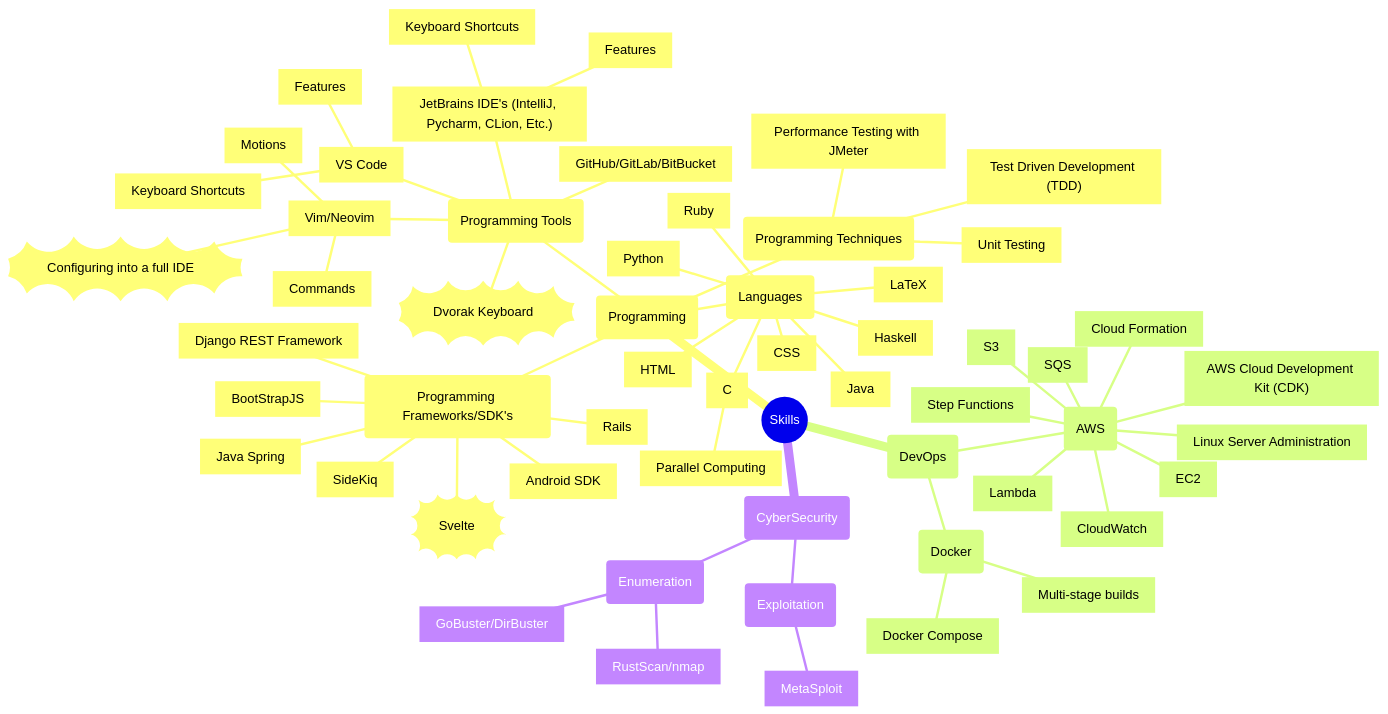
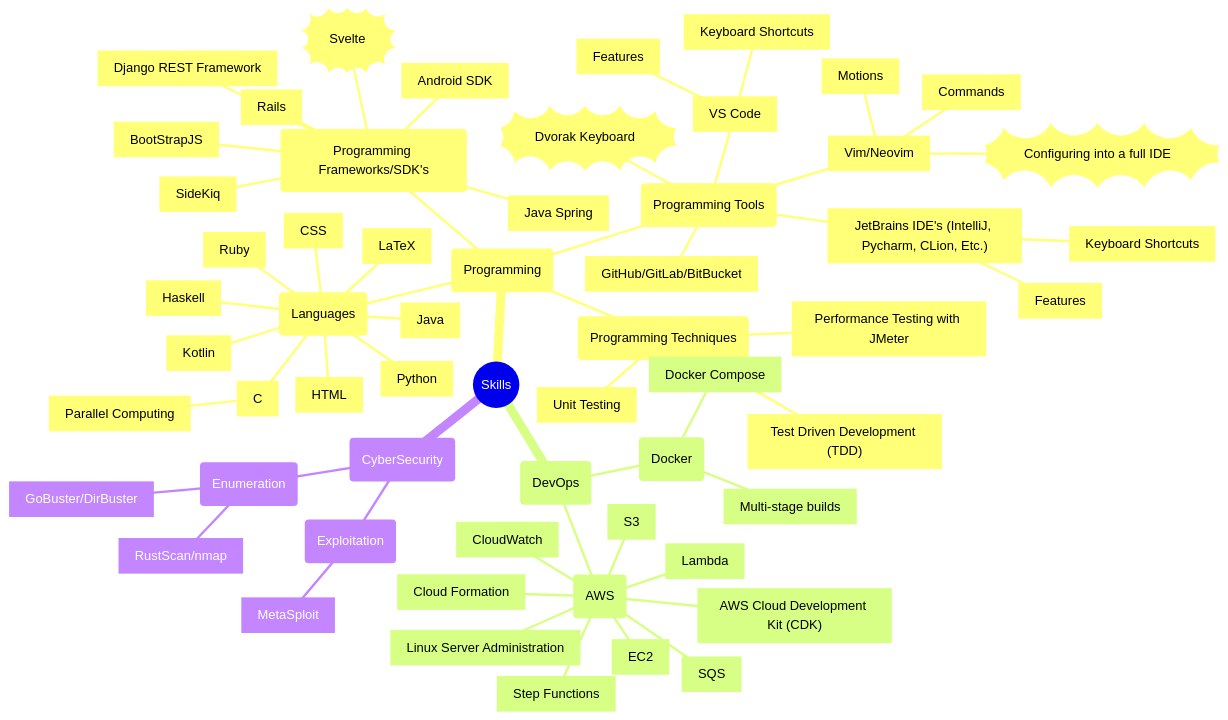
The first of 2 diagrams in README.md (Russell-Waterhouse/skill-tree), drawn with Mermaid before and after one commit.

Commit message:
Update README.md
Add kotlin

````diff
--- a/README.md
+++ b/README.md
@@ -7,62 +7,63 @@
 ```mermaid
 mindmap
     root((Skills))
         (Programming)
             (Languages)
                 [Java]
                 [C]
                     [Parallel Computing]
                 [Python]
                 [Ruby]
                 [Haskell]
                 [HTML]
+                [Kotlin]
                 [CSS]
                 [LaTeX]
             (Programming Frameworks/SDK's)
                 [Android SDK]
                 [Rails]
                 [SideKiq]
                 [Django REST Framework]
                 [Java Spring]
                 [BootStrapJS]
                 ))Svelte((
             (Programming Tools)
                 [Vim/Neovim]
                     [Motions]
                     [Commands]
                     ))Configuring into a full IDE((
                 [VS Code]
                     [Features]
                     [Keyboard Shortcuts]
                 ["JetBrains IDE's (IntelliJ, Pycharm, CLion, Etc.)"]
                     [Features]
                     [Keyboard Shortcuts]
                 ["GitHub/GitLab/BitBucket"]
                 ))Dvorak Keyboard((
             (Programming Techniques)
                 ["Test Driven Development (TDD)"]
                 [Performance Testing with JMeter]
                 ["Unit Testing"]
         (DevOps)
             (Docker)
                 [Multi-stage builds]
                 [Docker Compose]
             (AWS)
                 ["AWS Cloud Development Kit (CDK)"]
                 [S3]
                 [Step Functions]
                 [Lambda]
                 [Cloud Formation]
                 [SQS]
                 [CloudWatch]
                 [EC2]
                 [Linux Server Administration]
         (CyberSecurity)
             (Enumeration)
                 ["RustScan/nmap"]
                 ["GoBuster/DirBuster"]
             (Exploitation)
                 [MetaSploit]
 
 
 ```
````
